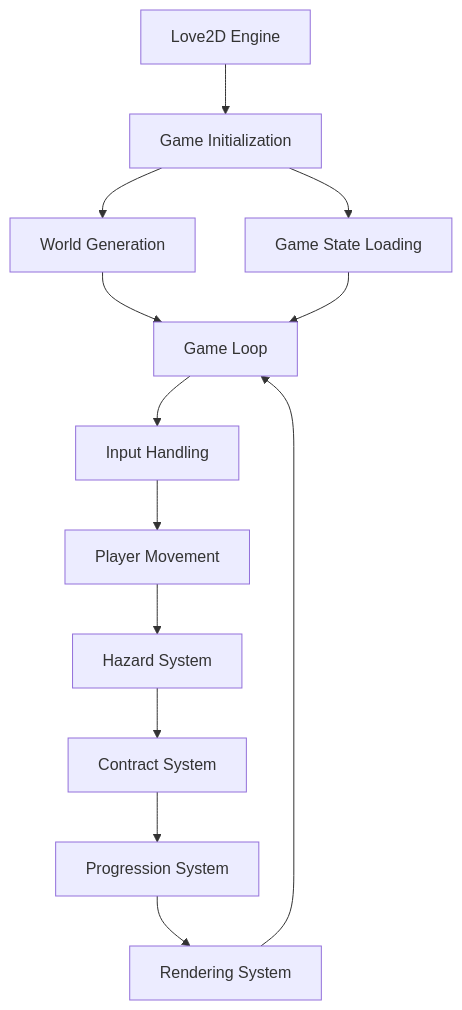
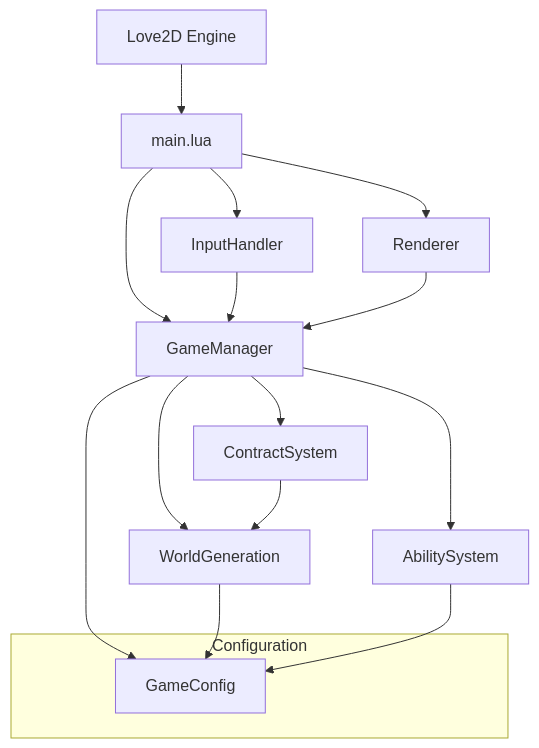
One commit to lmerriam/love2d-vibe-coding changed the first of 5 diagrams in memory-bank/systemPatterns.md. Above: the diagram before and after it, drawn with Mermaid. The commit also changed other lines of this file and 14 other files, not shown here.

````diff
--- a/memory-bank/systemPatterns.md
+++ b/memory-bank/systemPatterns.md
@@ -6,15 +6,22 @@
 ```mermaid
 graph TD
-    A[Love2D Engine] --> B[Game Initialization]
-    B --> C[World Generation]
-    B --> D[Game State Loading]
-    C --> E[Game Loop]
-    D --> E
-    E --> F[Input Handling]
-    F --> G[Player Movement]
-    G --> H[Hazard System]
-    H --> I[Contract System]
-    I --> J[Progression System]
-    J --> K[Rendering System]
-    K --> E
+    A[Love2D Engine] --> B[main.lua]
+    B --> C[GameManager]
+    B --> D[InputHandler]
+    B --> E[Renderer]
+    
+    C --> F[WorldGeneration]
+    C --> G[AbilitySystem]
+    C --> H[ContractSystem]
+    
+    subgraph Configuration
+        I[GameConfig]
+    end
+    
+    C --> I
+    D --> C
+    E --> C
+    F --> I
+    G --> I
+    H --> F
 ```
````
